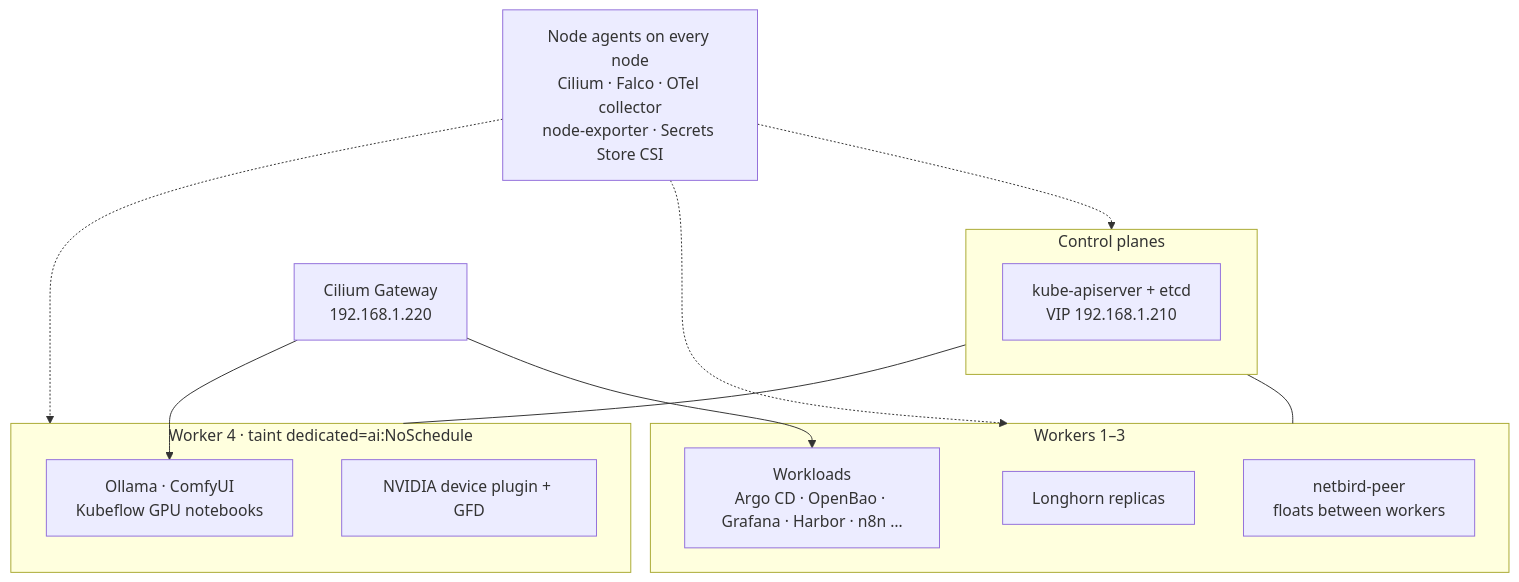
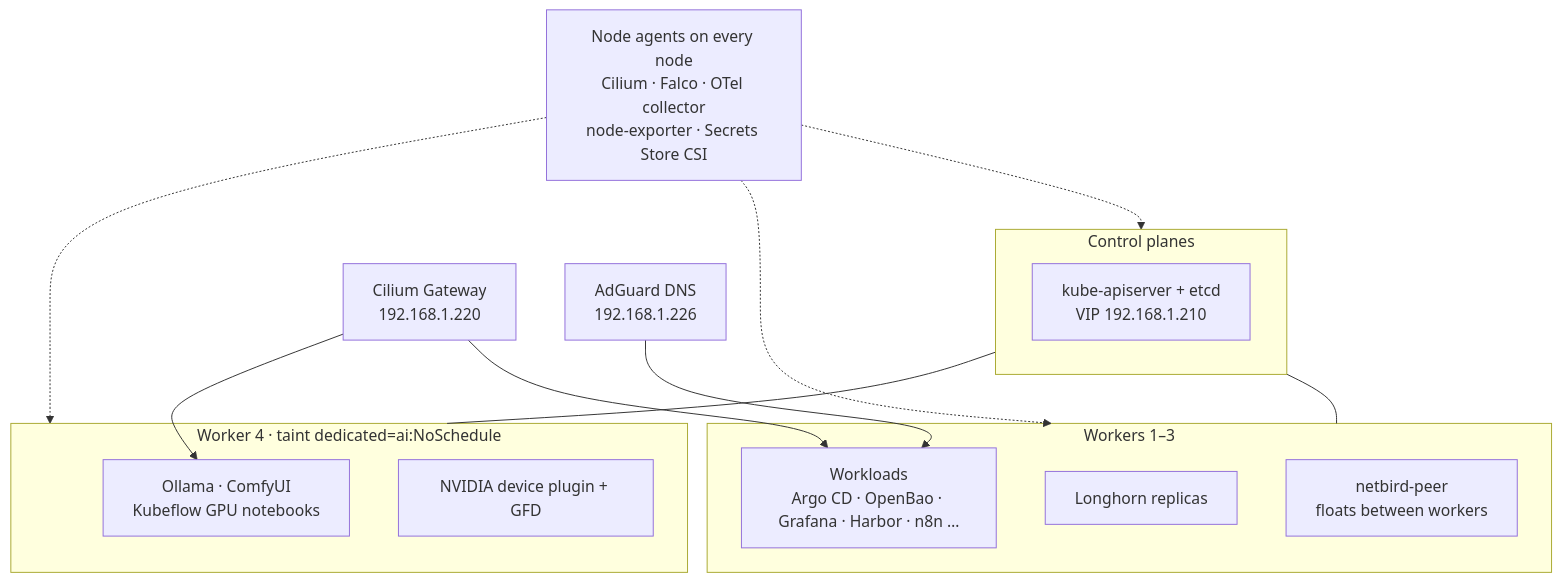
One commit to madhank93/homelab changed the diagram in docs/src/content/docs/concepts/cluster.mdx. Above: the diagram before and after it, drawn with Mermaid. The commit also changed 27 other files, not shown here.

First line of the commit message:
feat(adguard): AdGuard Home as LAN DNS with ad and tracker blocking

````diff
--- a/docs/src/content/docs/concepts/cluster.mdx
+++ b/docs/src/content/docs/concepts/cluster.mdx
@@ -23,21 +23,22 @@
 ```mermaid
 flowchart TB
     subgraph CP["Control planes"]
         API["kube-apiserver + etcd<br/>VIP 192.168.1.210"]
     end
     subgraph W["Workers 1–3"]
         LH["Longhorn replicas"]
         APPS["Workloads<br/>Argo CD · OpenBao · Grafana · Harbor · n8n …"]
         NB["netbird-peer<br/>floats between workers"]
     end
     subgraph G["Worker 4 · taint dedicated=ai:NoSchedule"]
         AI["Ollama · ComfyUI<br/>Kubeflow GPU notebooks"]
         DP["NVIDIA device plugin + GFD"]
     end
     DS["Node agents on every node<br/>Cilium · Falco · OTel collector<br/>node-exporter · Secrets Store CSI"]
     CP --- W
     CP --- G
     DS -.-> CP & W & G
     GW["Cilium Gateway<br/>192.168.1.220"] --> APPS
     GW --> AI
+    DNS["AdGuard DNS<br/>192.168.1.226"] --> APPS
 ```
````
